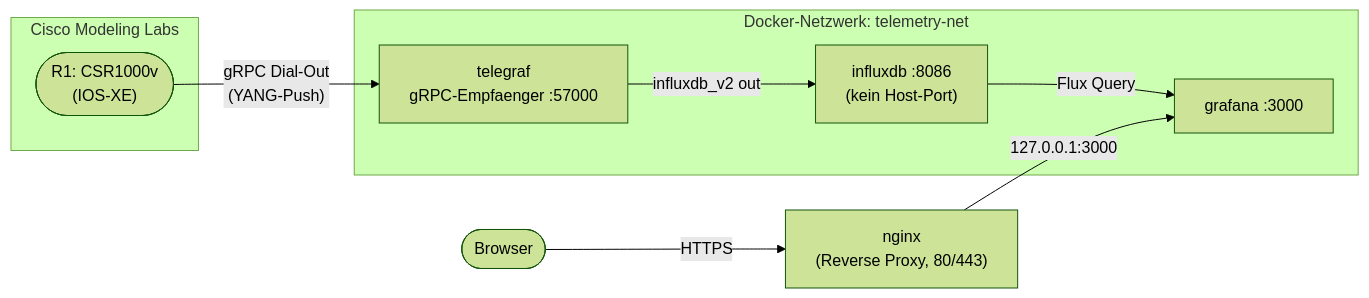
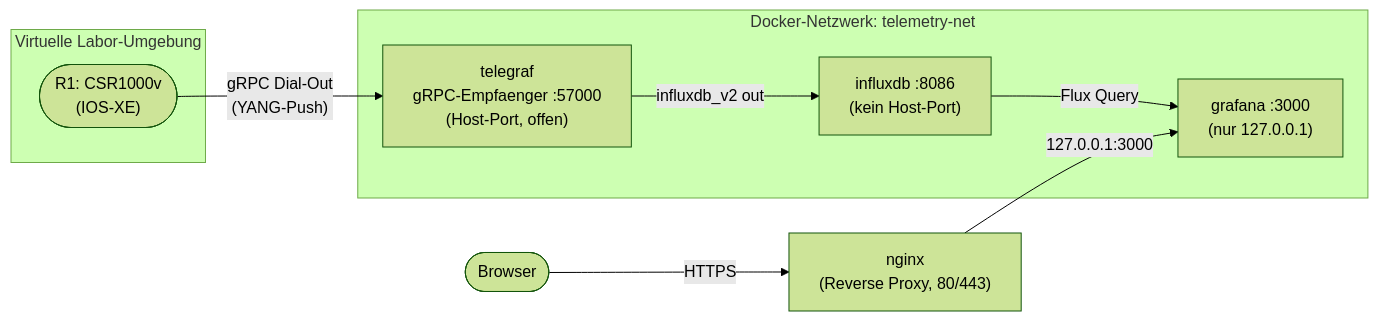
Before and after one commit to Lotter69/2026_02_linux: the diagram in Lab_10.md, drawn with Mermaid (forest theme). The commit also changed other lines of this file and 1 other file, not shown here.

````diff
--- a/Lab_10.md
+++ b/Lab_10.md
@@ -103,23 +106,23 @@
 ```mermaid
 flowchart LR
-    subgraph CML["Cisco Modeling Labs"]
+    subgraph CML["Virtuelle Labor-Umgebung"]
         Router(["R1: CSR1000v<br/>(IOS-XE)"])
     end
 
     Browser(["Browser"])
 
     subgraph TelNet["Docker-Netzwerk: telemetry-net"]
-        telegraf["telegraf<br/>gRPC-Empfaenger :57000"]
+        telegraf["telegraf<br/>gRPC-Empfaenger :57000<br/>(Host-Port, offen)"]
         influxdb["influxdb :8086<br/>(kein Host-Port)"]
-        grafana["grafana :3000"]
+        grafana["grafana :3000<br/>(nur 127.0.0.1)"]
     end
 
     nginx["nginx<br/>(Reverse Proxy, 80/443)"]
 
     Router -->|"gRPC Dial-Out<br/>(YANG-Push)"| telegraf
     telegraf -->|"influxdb_v2 out"| influxdb
     influxdb -->|"Flux Query"| grafana
 
     Browser -->|HTTPS| nginx
     nginx -->|"127.0.0.1:3000"| grafana
 ```
````
